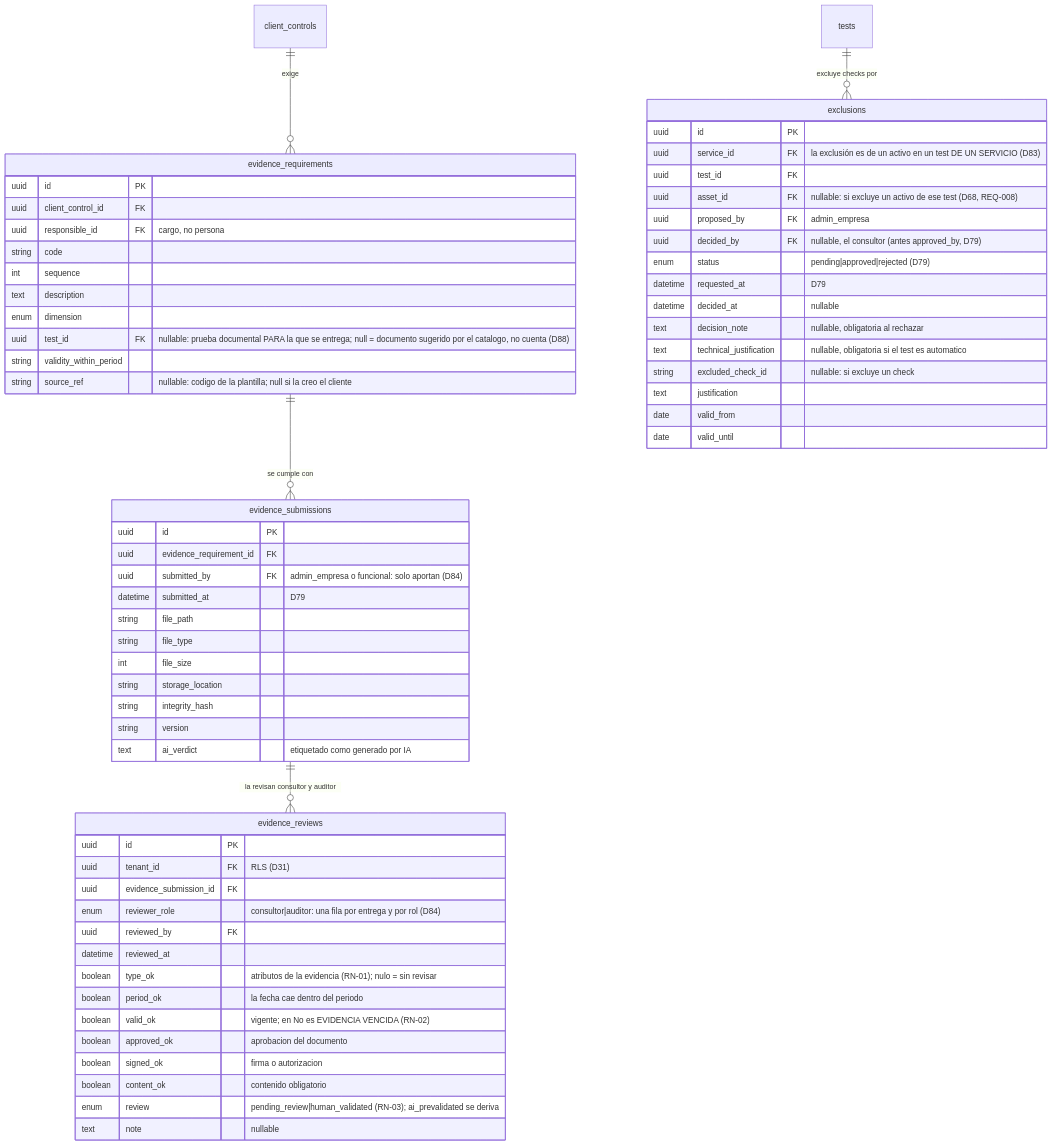
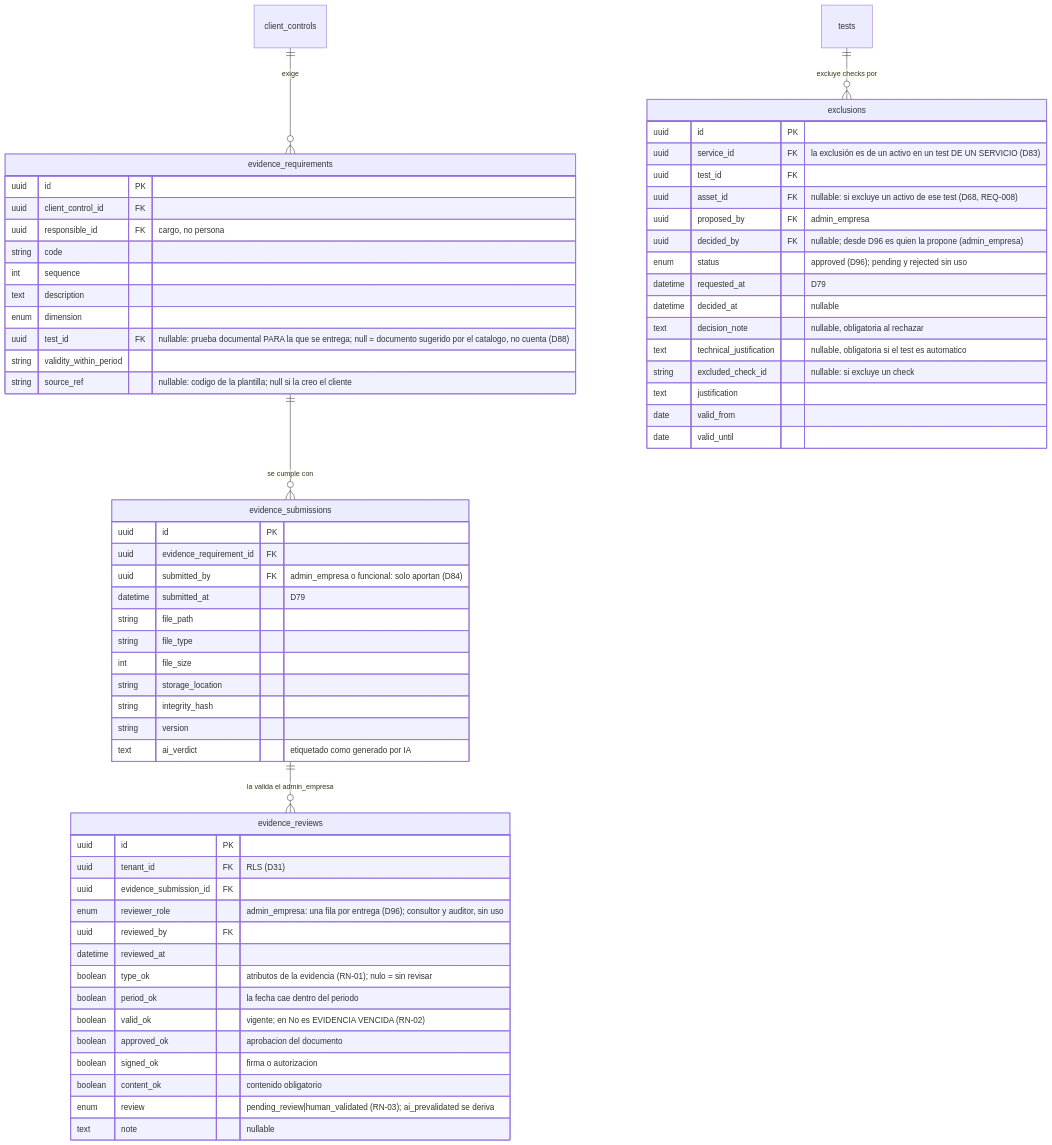
One commit to Monkey-GRC/Monkey-Brain-IA changed the third of 5 diagrams in skills/product/monkey-compliance-council/references/datos/modelo/07-cumplimiento.md. Above: the diagram before and after it, drawn with Mermaid. The commit also changed other lines of this file and 33 other files, not shown here.

````diff
--- a/skills/product/monkey-compliance-council/references/datos/modelo/07-cumplimiento.md
+++ b/skills/product/monkey-compliance-council/references/datos/modelo/07-cumplimiento.md
@@ -230,65 +229,65 @@
 ```mermaid
 erDiagram
     evidence_requirements {
         uuid id PK
         uuid client_control_id FK
         uuid responsible_id FK "cargo, no persona"
         string code
         int sequence
         text description
         enum dimension
         uuid test_id FK "nullable: prueba documental PARA la que se entrega; null = documento sugerido por el catalogo, no cuenta (D88)"
         string validity_within_period
         string source_ref "nullable: codigo de la plantilla; null si la creo el cliente"
     }
     evidence_submissions {
         uuid id PK
         uuid evidence_requirement_id FK
         uuid submitted_by FK "admin_empresa o funcional: solo aportan (D84)"
         datetime submitted_at "D79"
         string file_path
         string file_type
         int file_size
         string storage_location
         string integrity_hash
         string version
         text ai_verdict "etiquetado como generado por IA"
     }
     evidence_reviews {
         uuid id PK
         uuid tenant_id FK "RLS (D31)"
         uuid evidence_submission_id FK
-        enum reviewer_role "consultor|auditor: una fila por entrega y por rol (D84)"
+        enum reviewer_role "admin_empresa: una fila por entrega (D96); consultor y auditor, sin uso"
         uuid reviewed_by FK
         datetime reviewed_at
         boolean type_ok "atributos de la evidencia (RN-01); nulo = sin revisar"
         boolean period_ok "la fecha cae dentro del periodo"
         boolean valid_ok "vigente; en No es EVIDENCIA VENCIDA (RN-02)"
         boolean approved_ok "aprobacion del documento"
         boolean signed_ok "firma o autorizacion"
         boolean content_ok "contenido obligatorio"
         enum review "pending_review|human_validated (RN-03); ai_prevalidated se deriva"
         text note "nullable"
     }
     exclusions {
         uuid id PK
         uuid service_id FK "la exclusión es de un activo en un test DE UN SERVICIO (D83)"
         uuid test_id FK
         uuid asset_id FK "nullable: si excluye un activo de ese test (D68, REQ-008)"
         uuid proposed_by FK "admin_empresa"
-        uuid decided_by FK "nullable, el consultor (antes approved_by, D79)"
-        enum status "pending|approved|rejected (D79)"
+        uuid decided_by FK "nullable; desde D96 es quien la propone (admin_empresa)"
+        enum status "approved (D96); pending y rejected sin uso"
         datetime requested_at "D79"
         datetime decided_at "nullable"
         text decision_note "nullable, obligatoria al rechazar"
         text technical_justification "nullable, obligatoria si el test es automatico"
         string excluded_check_id "nullable: si excluye un check"
         text justification
         date valid_from
         date valid_until
     }
     client_controls ||--o{ evidence_requirements : "exige"
     evidence_requirements ||--o{ evidence_submissions : "se cumple con"
-    evidence_submissions ||--o{ evidence_reviews : "la revisan consultor y auditor"
+    evidence_submissions ||--o{ evidence_reviews : "la valida el admin_empresa"
     tests ||--o{ exclusions : "excluye checks por"
 ```
````
